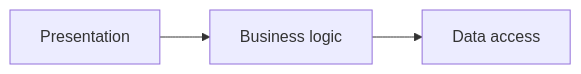
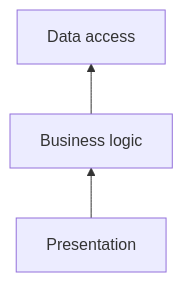
The first of 2 diagrams in docs/good_design/README.md (BugliL/ArchitecturePatternsWithPython), drawn with Mermaid before and after one commit. The commit also changed other lines of this file and 29 other files, not shown here.

````diff
--- a/docs/good_design/README.md
+++ b/docs/good_design/README.md
@@ -14,6 +14,6 @@
 ```mermaid
-graph LR
+graph BT
     A[Presentation]
     A --> B[Business logic]
     B --> C[Data access]
 ```
````
